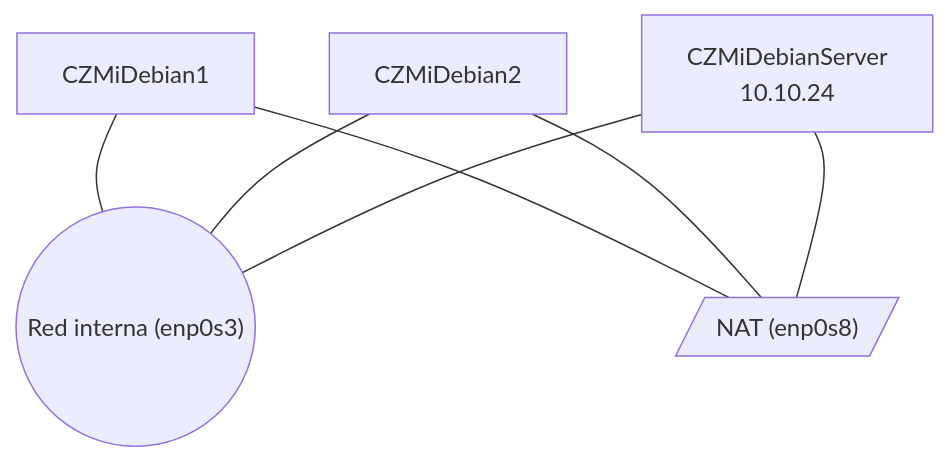
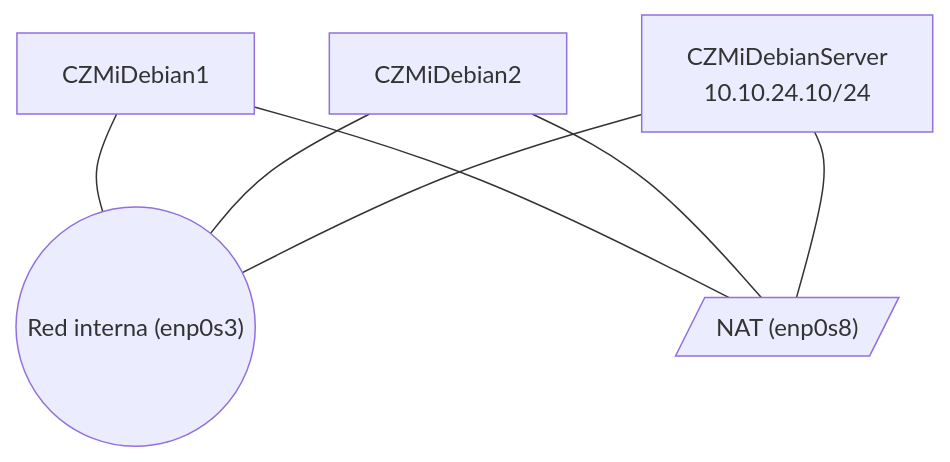
Before and after one commit to Adega318/uni-apuntes: the diagram in 3/3.1/xi/practica/xi-vbox.md, drawn with Mermaid.

Commit message:
vault backup: 2023-11-03 14:17:51

````diff
--- a/3/3.1/xi/practica/xi-vbox.md
+++ b/3/3.1/xi/practica/xi-vbox.md
@@ -3,14 +3,14 @@
 ```mermaid
 flowchart TD
 	D1[CZMiDebian1]
 	D2[CZMiDebian2]
-	DS[CZMiDebianServer\n 10.10.24]
+	DS[CZMiDebianServer\n 10.10.24.10/24]
 	N[/"NAT (enp0s8)"/]
 	R(("Red interna (enp0s3)"))
 	D1---R
 	D1---N
 	D2---R
 	D2---N
 	DS---R
 	DS---N
 ```
````
